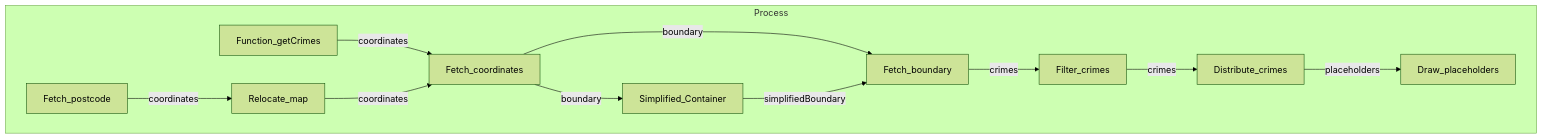
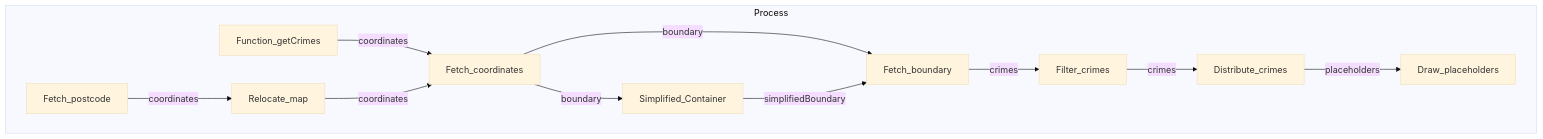
Before and after one commit to FAC29A/Alex-Esti-Project: the diagram in README.md, drawn with Mermaid.

````diff
--- a/README.md
+++ b/README.md
@@ -33,15 +33,15 @@
 ```mermaid
-%%{init: {'theme':'forest'}}%%
+%%{init: {'theme':'base'}}%%
 graph TD
     subgraph Process
         Function_getCrimes-->|coordinates|Fetch_coordinates;
         Fetch_coordinates-->|boundary|Fetch_boundary;
         Fetch_boundary-->|crimes|Filter_crimes;
         Filter_crimes-->|crimes|Distribute_crimes;
         Distribute_crimes-->|placeholders|Draw_placeholders;
         Fetch_coordinates-->|boundary|Simplified_Container;
         Simplified_Container-->|simplifiedBoundary|Fetch_boundary;
         Fetch_postcode-->|coordinates|Relocate_map;
         Relocate_map-->|coordinates|Fetch_coordinates;
     end
 ```
````
